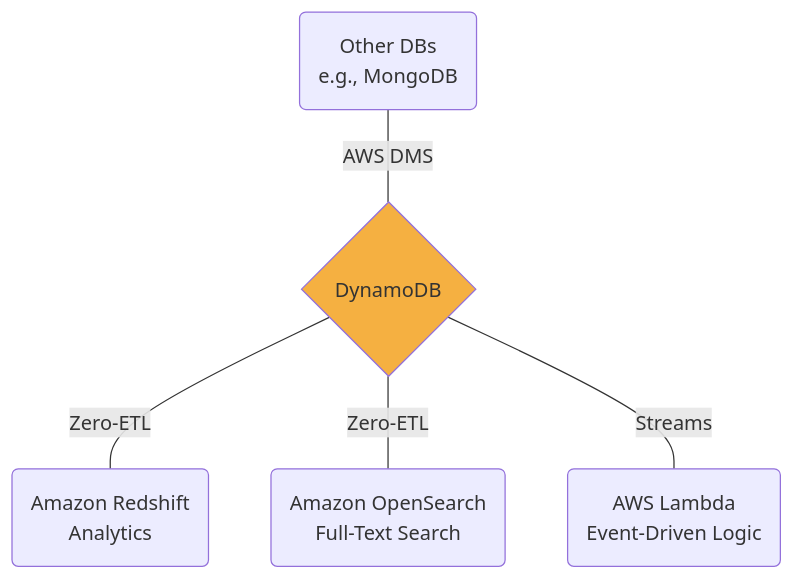
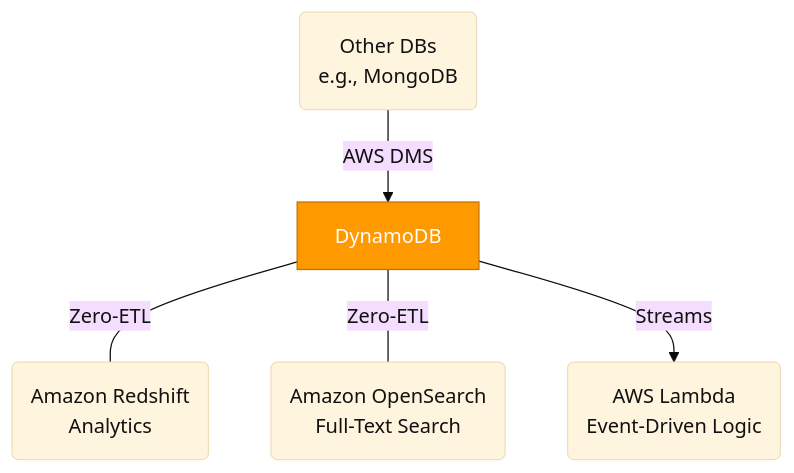
The third of 3 diagrams in slides.md (andomeder/dynamodb), drawn with Mermaid before and after one commit. The commit also changed other lines of this file, not shown here.

````diff
--- a/slides.md
+++ b/slides.md
@@ -358,9 +405,14 @@
 ```mermaid
+%%{ init: { "theme": "base", "themeVariables": { "primaryTextColor": "#111" } } }%%
 graph TD
-    D{DynamoDB} ---|Zero-ETL| R(Amazon Redshift<br><span class='opacity-60 text-sm'>Analytics</span>)
-    D ---|Zero-ETL| S(Amazon OpenSearch<br><span class='opacity-60 text-sm'>Full-Text Search</span>)
-    D ---|Streams| L(AWS Lambda<br><span class='opacity-60 text-sm'>Event-Driven Logic</span>)
-    M(Other DBs<br><span class='opacity-60 text-sm'>e.g., MongoDB</span>) ---|AWS DMS| D
+    D["<div class='p-1'>DynamoDB</div>"]
+    R("Amazon Redshift<br><span class='opacity-60 text-sm'>Analytics</span>")
+    S("Amazon OpenSearch<br><span class='opacity-60 text-sm'>Full-Text Search</span>")
+    L("AWS Lambda<br><span class='opacity-60 text-sm'>Event-Driven Logic</span>")
+    M("Other DBs<br><span class='opacity-60 text-sm'>e.g., MongoDB</span>")
+
+    D ---|Zero-ETL| R; D ---|Zero-ETL| S;
+    D -- "Streams" --> L; M -- "AWS DMS" --> D;
     
-    style D fill:#F5B041
+    style D fill:#FF9900,color:#fff,stroke:#BF7300
 ```
````
